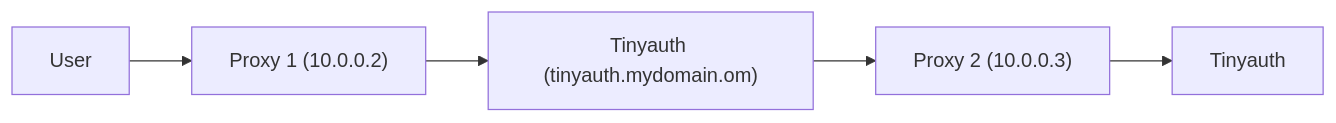
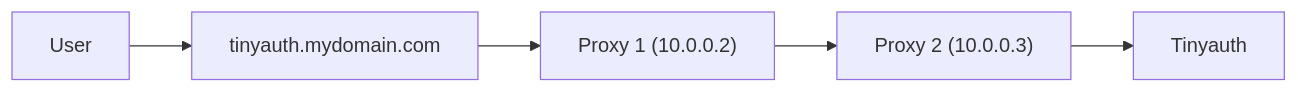
One commit to steveiliop56/tinyauth-docs changed the diagram in content/docs/guides/advanced.mdx. Above: the diagram before and after it, drawn with Mermaid. The commit also changed other lines of this file and 25 other files, not shown here.

````diff
--- a/content/docs/guides/advanced.mdx
+++ b/content/docs/guides/advanced.mdx
@@ -68,7 +67,7 @@
 ```mermaid
 flowchart LR
-  user["User"] --> proxy1["Proxy 1 (10.0.0.2)"]
-  proxy1 --> tinyauthExposed["Tinyauth (tinyauth.mydomain.om)"]
-  tinyauthExposed --> proxy2["Proxy 2 (10.0.0.3)"]
+  user["User"] --> tinyauthExposed["tinyauth.mydomain.com"]
+  tinyauthExposed --> proxy1["Proxy 1 (10.0.0.2)"]
+  proxy1 --> proxy2["Proxy 2 (10.0.0.3)"]
   proxy2 --> tinyauth["Tinyauth"]
 ```
````
